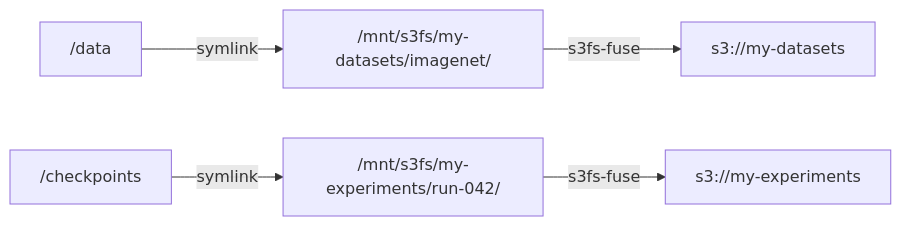
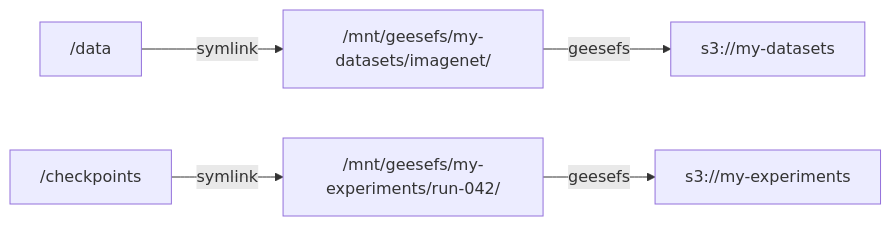
The diagram in docs/volumes.md (gabfssilva/skyward), drawn with Mermaid before and after one commit. The commit also changed other lines of this file and 20 other files, not shown here.

````diff
--- a/docs/volumes.md
+++ b/docs/volumes.md
@@ -164,7 +169,7 @@
 ```mermaid
 graph LR
-    A["/data"] -->|symlink| B["/mnt/s3fs/my-datasets/imagenet/"]
-    C["/checkpoints"] -->|symlink| D["/mnt/s3fs/my-experiments/run-042/"]
-    B -->|s3fs-fuse| E["s3://my-datasets"]
-    D -->|s3fs-fuse| F["s3://my-experiments"]
+    A["/data"] -->|symlink| B["/mnt/geesefs/my-datasets/imagenet/"]
+    C["/checkpoints"] -->|symlink| D["/mnt/geesefs/my-experiments/run-042/"]
+    B -->|geesefs| E["s3://my-datasets"]
+    D -->|geesefs| F["s3://my-experiments"]
 ```
````
